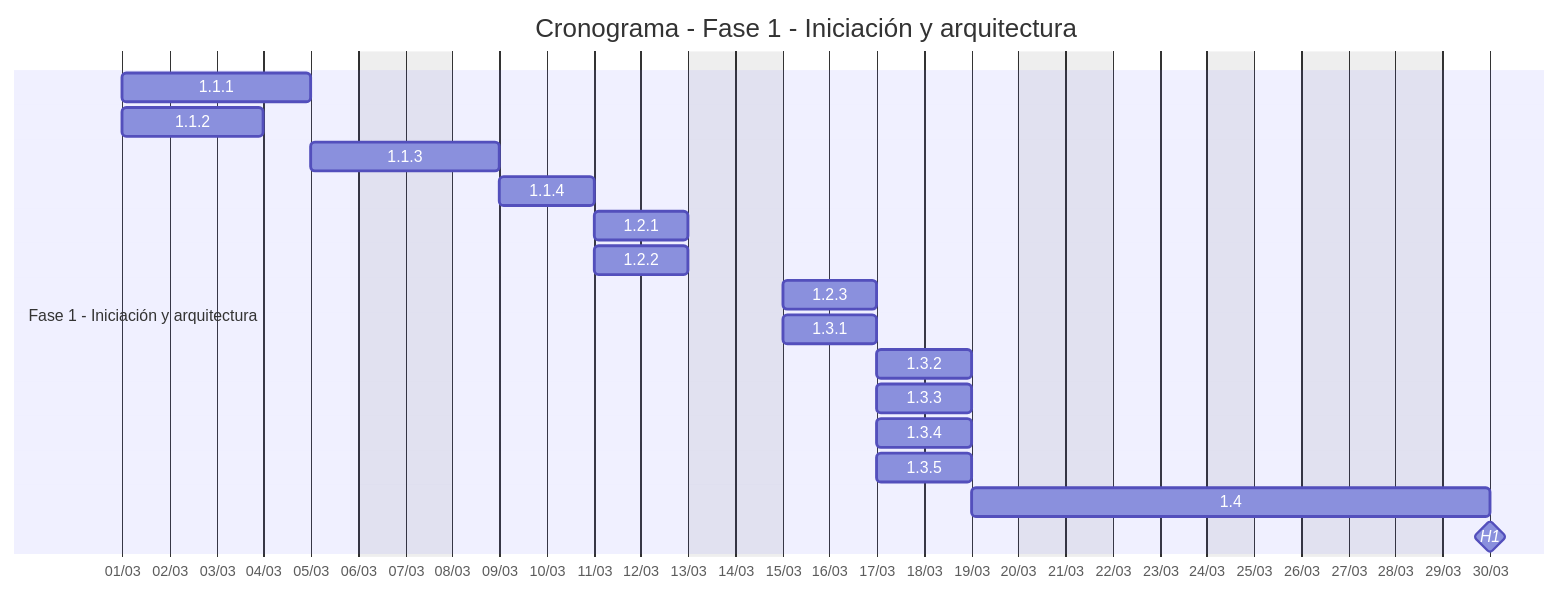
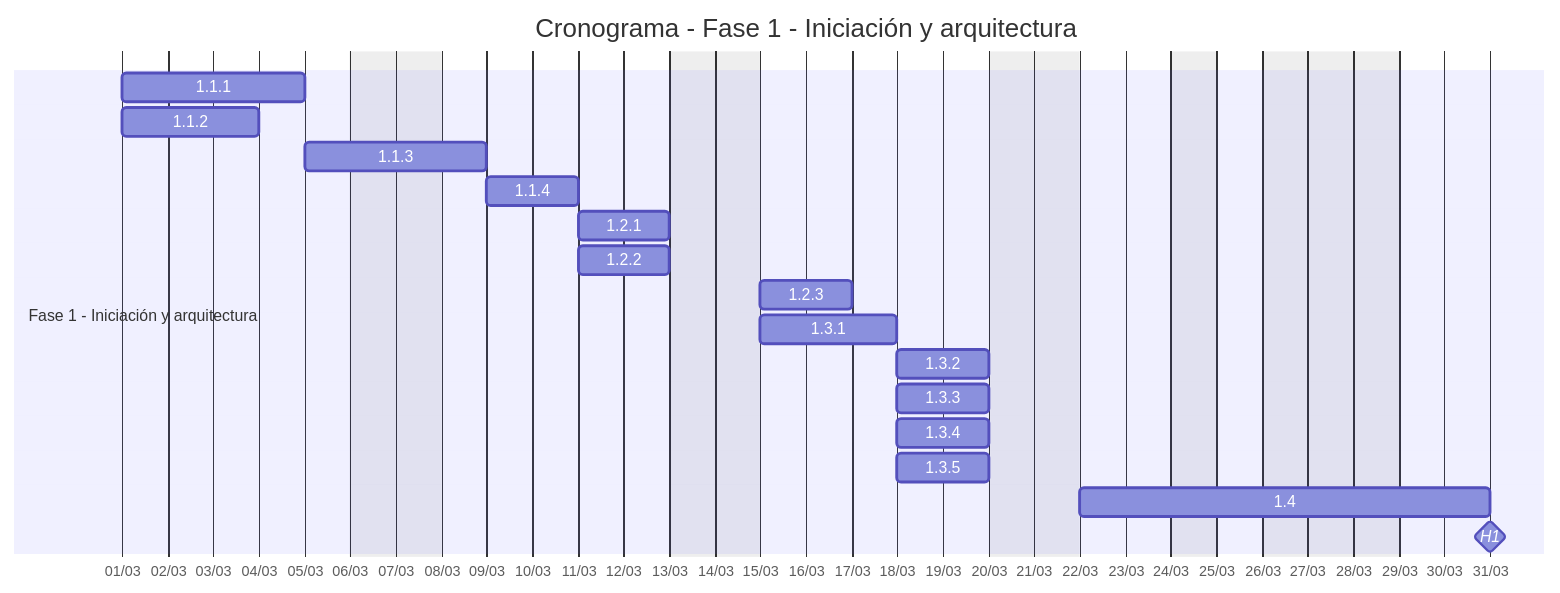
Before and after one commit to joaquinmachado11/plan-proyecto-gp-uner: the first of 4 diagrams in docs/02-wbs-estimaciones/cronograma.md, drawn with Mermaid. The commit also changed other lines of this file and 1 other file, not shown here.

````diff
--- a/docs/02-wbs-estimaciones/cronograma.md
+++ b/docs/02-wbs-estimaciones/cronograma.md
@@ -5,26 +5,26 @@
 ```mermaid
 gantt
     title Cronograma - Fase 1 - Iniciación y arquitectura
     dateFormat  YYYY-MM-DD
     axisFormat  %d/%m
     tickInterval 1day
     weekday     monday
     todayMarker off
     excludes    weekends, 2027-03-24, 2027-03-26, 2027-04-02, 2027-05-25, 2027-06-21, 2027-07-09, 2027-08-16
  
     section Fase 1 - Iniciación y arquitectura
     1.1.1   :t111, 2027-03-01, 4d
     1.1.2   :t112, 2027-03-01, 3d
     1.1.3   :t113, after t111 t112, 2d
     1.1.4   :t114, after t113, 2d
     1.2.1   :t121, after t114, 2d
     1.2.2   :t122, after t114, 2d
     1.2.3   :t123, after t121 t122, 2d
-    1.3.1   :t131, after t121 t122, 2d
+    1.3.1   :t131, after t121 t122, 3d
     1.3.2   :t132, after t131, 2d
     1.3.3   :t133, after t131, 2d
     1.3.4   :t134, after t131, 2d
     1.3.5   :t135, after t131, 2d
     1.4     :t14, after t134, 5d
     H1      :milestone, m1, after t14, 0d
 ```
````
